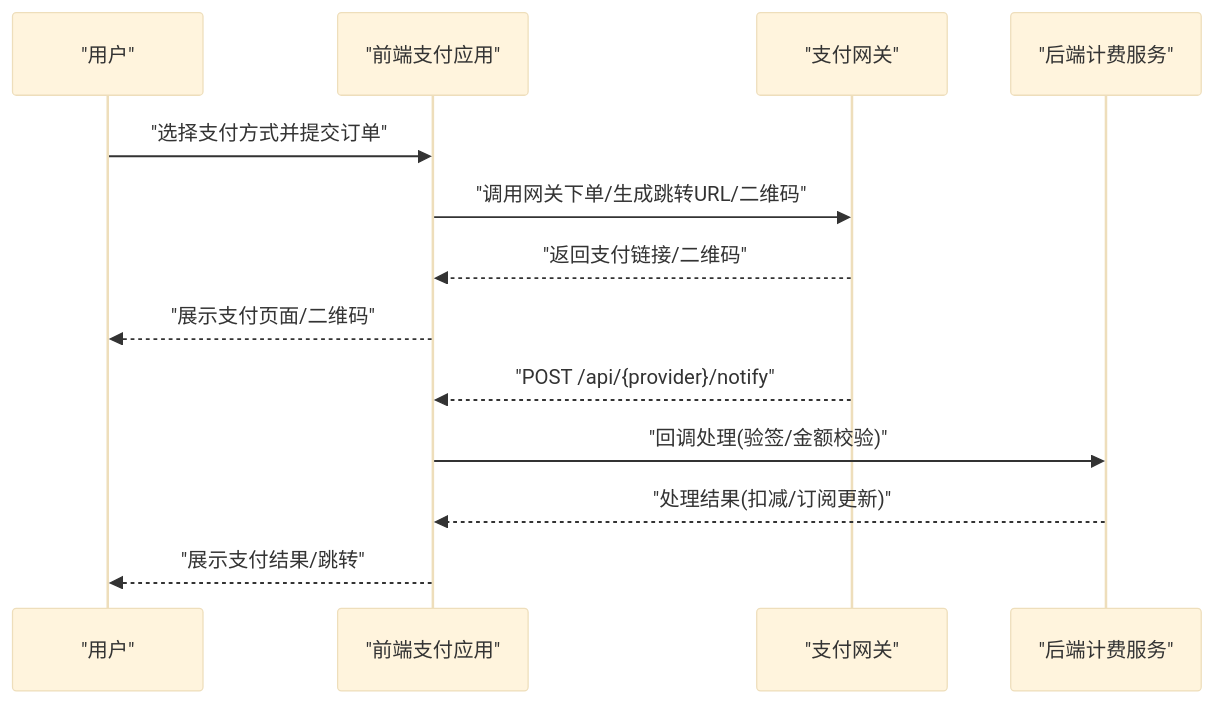
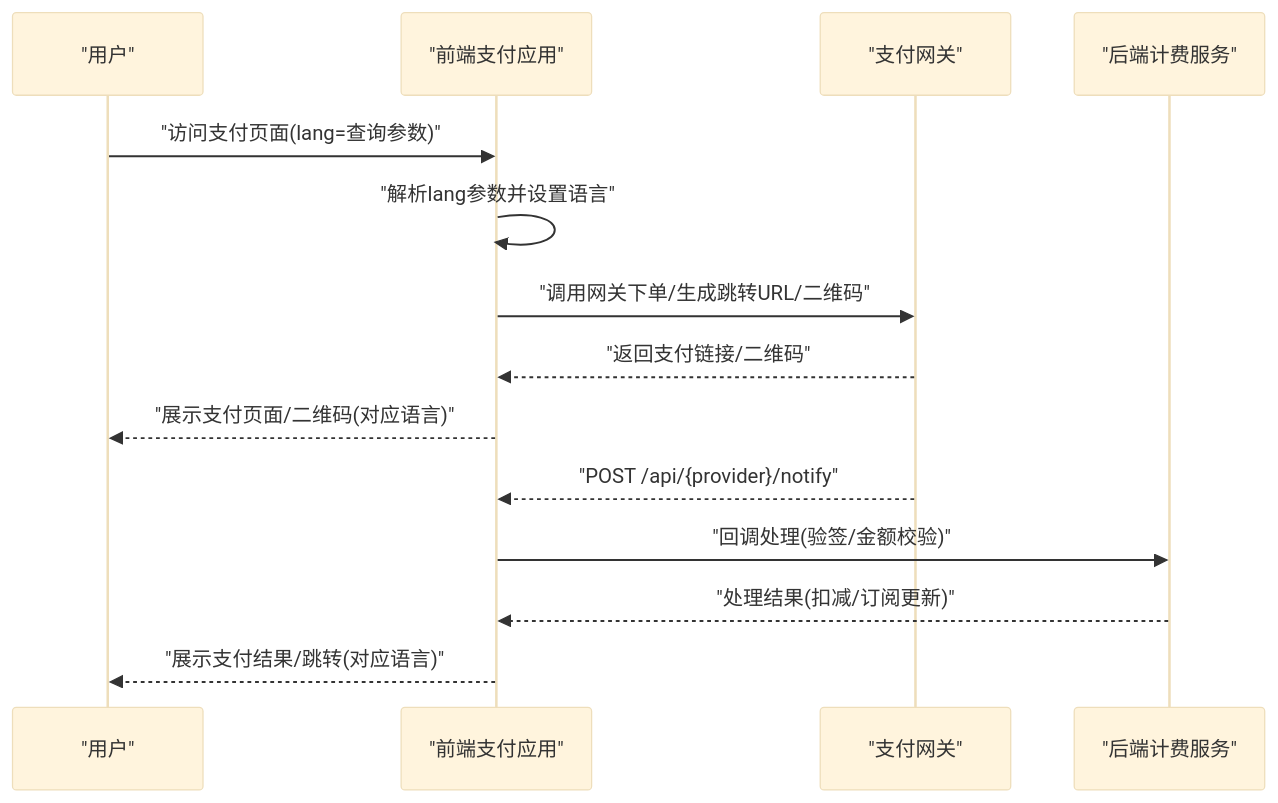
The second of 3 diagrams in .qoder/repowiki/zh/content/项目概述/核心功能/支付系统.md (ai-poet/sub2api), drawn with Mermaid (base theme) before and after one commit. The commit also changed other lines of this file and 30 other files, not shown here.

````diff
--- a/.qoder/repowiki/zh/content/项目概述/核心功能/支付系统.md
+++ b/.qoder/repowiki/zh/content/项目概述/核心功能/支付系统.md
@@ -80,15 +100,16 @@
 ```mermaid
 sequenceDiagram
 participant U as "用户"
 participant FE as "前端支付应用"
 participant GW as "支付网关"
 participant BE as "后端计费服务"
-U->>FE : "选择支付方式并提交订单"
+U->>FE : "访问支付页面(lang=查询参数)"
+FE->>FE : "解析lang参数并设置语言"
 FE->>GW : "调用网关下单/生成跳转URL/二维码"
 GW-->>FE : "返回支付链接/二维码"
-FE-->>U : "展示支付页面/二维码"
+FE-->>U : "展示支付页面/二维码(对应语言)"
 GW-->>FE : "POST /api/{provider}/notify"
 FE->>BE : "回调处理(验签/金额校验)"
 BE-->>FE : "处理结果(扣减/订阅更新)"
-FE-->>U : "展示支付结果/跳转"
+FE-->>U : "展示支付结果/跳转(对应语言)"
 ```
````
